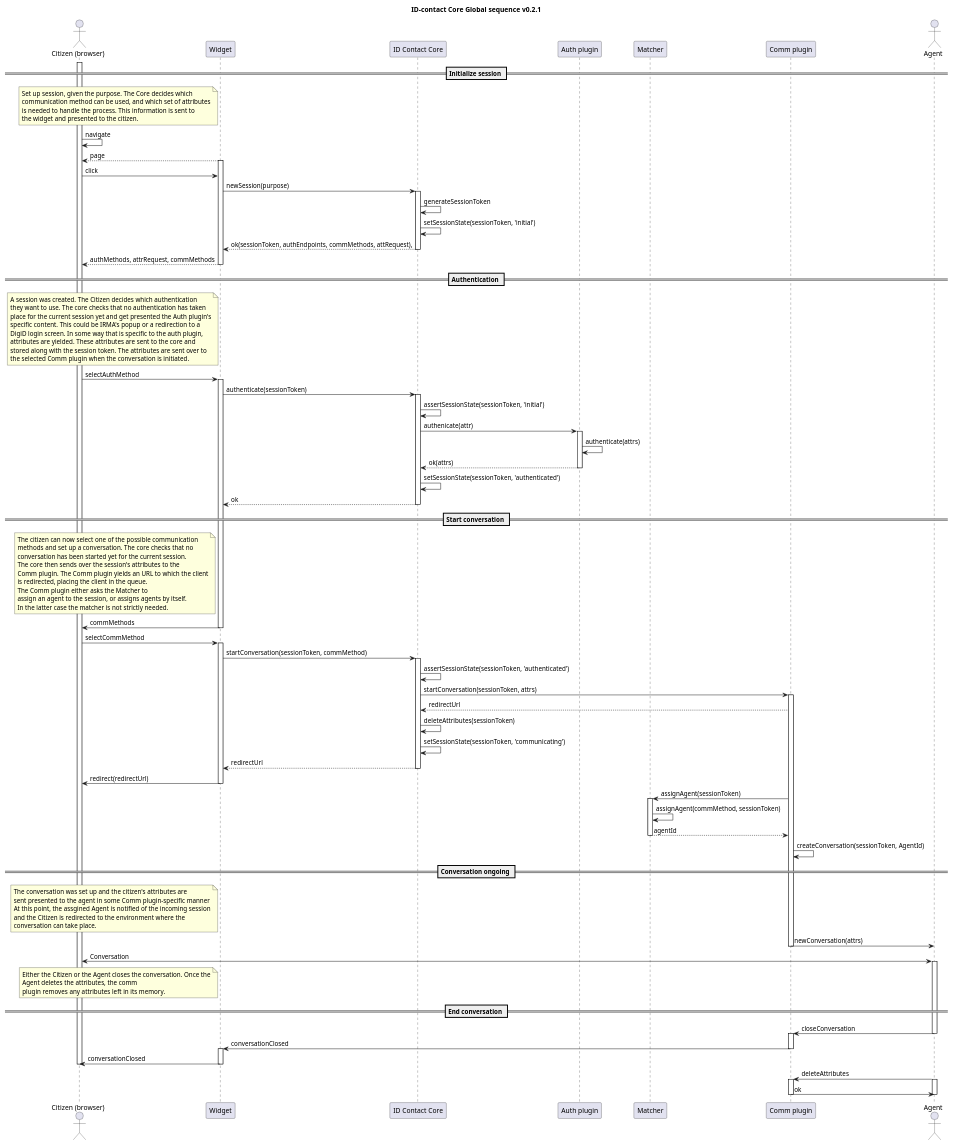
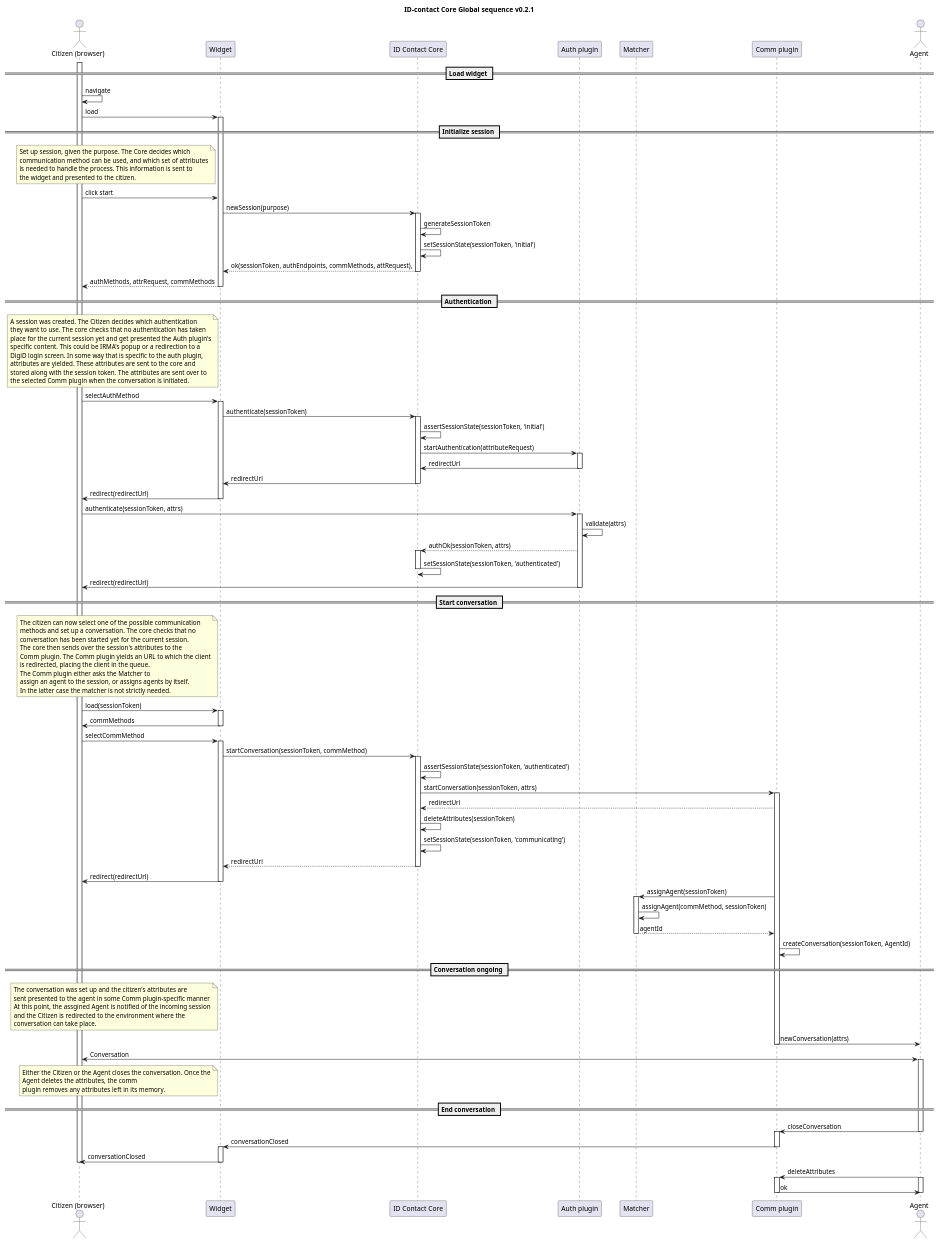
One commit to id-contact/docs changed the diagram in docs/diagrams/global-sequence.puml. Above: the diagram before and after it, drawn with PlantUML.

Commit message:
Simplify initiation sequence

```diff
--- a/docs/diagrams/global-sequence.puml
+++ b/docs/diagrams/global-sequence.puml
@@ -2,135 +2,148 @@
 @startuml
 title ID-contact Core Global sequence v0.2.1
 
 actor "Citizen (browser)" as citizen
 participant "Widget" as widget
 participant "ID Contact Core" as core
 participant "Auth plugin" as auth_plugin
 participant "Matcher" as matcher
 participant "Comm plugin" as comm_plugin
 actor Agent as agent
 
+== Load widget ==
+activate citizen
+citizen->citizen: navigate
+citizen->widget: load
+activate widget
 == Initialize session ==
 note left of widget
 Set up session, given the purpose. The Core decides which 
 communication method can be used, and which set of attributes
 is needed to handle the process. This information is sent to
 the widget and presented to the citizen.
 end note
 
-activate citizen
-citizen->citizen: navigate
-widget-->citizen: page
-activate widget
-citizen->widget: click
+citizen->widget: click start
 widget->core: newSession(purpose)
 activate core
 core->core: generateSessionToken
 core->core: setSessionState(sessionToken, 'initial')
 core-->widget: ok(sessionToken, authEndpoints, commMethods, attRequest),
 deactivate core
 widget-->citizen: authMethods, attrRequest, commMethods
 deactivate widget
 == Authentication ==
 
 note left of widget
 A session was created. The Citizen decides which authentication
 they want to use. The core checks that no authentication has taken
 place for the current session yet and get presented the Auth plugin's
 specific content. This could be IRMA's popup or a redirection to a 
 DigiD login screen. In some way that is specific to the auth plugin,
 attributes are yielded. These attributes are sent to the core and
 stored along with the session token. The attributes are sent over to
 the selected Comm plugin when the conversation is initiated.
 end note
 citizen->widget: selectAuthMethod
 activate widget
 widget->core: authenticate(sessionToken)
 activate core
 core->core: assertSessionState(sessionToken, 'initial')
-core->auth_plugin: authenicate(attr)
+core->auth_plugin: startAuthentication(attributeRequest)
 activate auth_plugin
-auth_plugin->auth_plugin: authenticate(attrs)
-auth_plugin-->core: ok(attrs)
+auth_plugin->core: redirectUrl
 deactivate auth_plugin
+core->widget: redirectUrl
+deactivate core
+widget->citizen: redirect(redirectUrl)
+deactivate widget
+citizen->auth_plugin: authenticate(sessionToken, attrs)
+
+activate auth_plugin
+auth_plugin->auth_plugin: validate(attrs)
+auth_plugin-->core: authOk(sessionToken, attrs)
+activate core
 core->core: setSessionState(sessionToken, 'authenticated')
-core-->widget: ok
 deactivate core
+auth_plugin->citizen: redirect(redirectUrl)
+deactivate auth_plugin
 
 == Start conversation ==
 note left of widget
 The citizen can now select one of the possible communication
 methods and set up a conversation. The core checks that no
 conversation has been started yet for the current session.
 The core then sends over the session's attributes to the 
 Comm plugin. The Comm plugin yields an URL to which the client
 is redirected, placing the client in the queue.
 The Comm plugin either asks the Matcher to 
 assign an agent to the session, or assigns agents by itself. 
 In the latter case the matcher is not strictly needed.
 end note
 
+citizen->widget: load(sessionToken)
+activate widget
 widget->citizen: commMethods
 deactivate widget
 citizen->widget: selectCommMethod
 activate widget
 widget->core: startConversation(sessionToken, commMethod)
 activate core
 core->core: assertSessionState(sessionToken, 'authenticated')
 core->comm_plugin:startConversation(sessionToken, attrs)
 activate comm_plugin
 comm_plugin-->core: redirectUrl
 core->core: deleteAttributes(sessionToken)
 core->core: setSessionState(sessionToken, 'communicating')
 core-->widget:redirectUrl
 deactivate core
 widget->citizen: redirect(redirectUrl)
 deactivate widget
 comm_plugin->matcher: assignAgent(sessionToken)
 activate matcher
 matcher->matcher: assignAgent(commMethod, sessionToken)
 
 matcher-->comm_plugin: agentId
 deactivate matcher
 comm_plugin->comm_plugin:createConversation(sessionToken, AgentId)
 
 == Conversation ongoing ==
 note left of widget
 The conversation was set up and the citizen's attributes are
 sent presented to the agent in some Comm plugin-specific manner
 At this point, the assgined Agent is notified of the incoming session
 and the Citizen is redirected to the environment where the
 conversation can take place.
 end note
 
 comm_plugin->agent: newConversation(attrs)
 deactivate comm_plugin
 
 deactivate widget
 citizen<->agent: Conversation
 activate agent
 
 note left of widget
 Either the Citizen or the Agent closes the conversation. Once the
 Agent deletes the attributes, the comm
 plugin removes any attributes left in its memory.
 end note
 == End conversation ==
 agent->comm_plugin: closeConversation
 deactivate agent
 activate comm_plugin
 comm_plugin->widget: conversationClosed
 deactivate comm_plugin
 activate widget
 widget->citizen: conversationClosed
 deactivate widget
 deactivate citizen
 agent->comm_plugin: deleteAttributes
 activate agent
 activate comm_plugin
 comm_plugin->agent: ok
 deactivate comm_plugin
 deactivate agent
 
 
 @enduml
```
